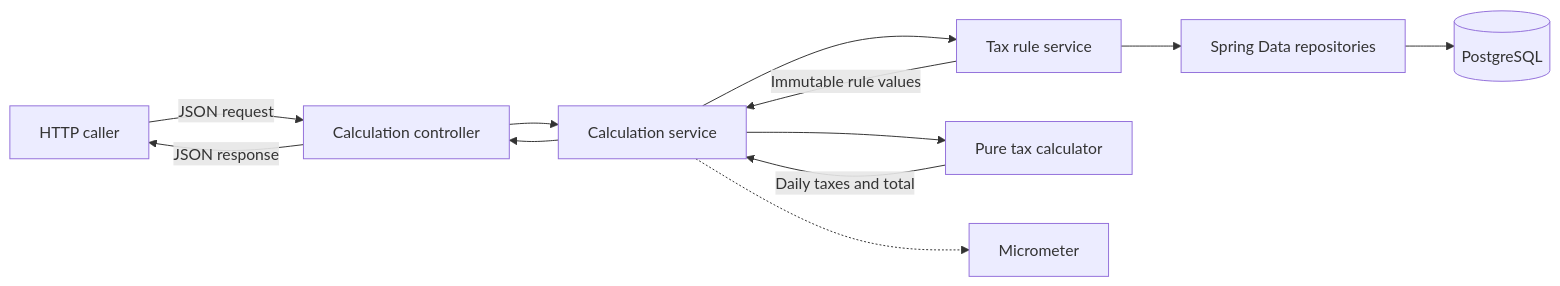
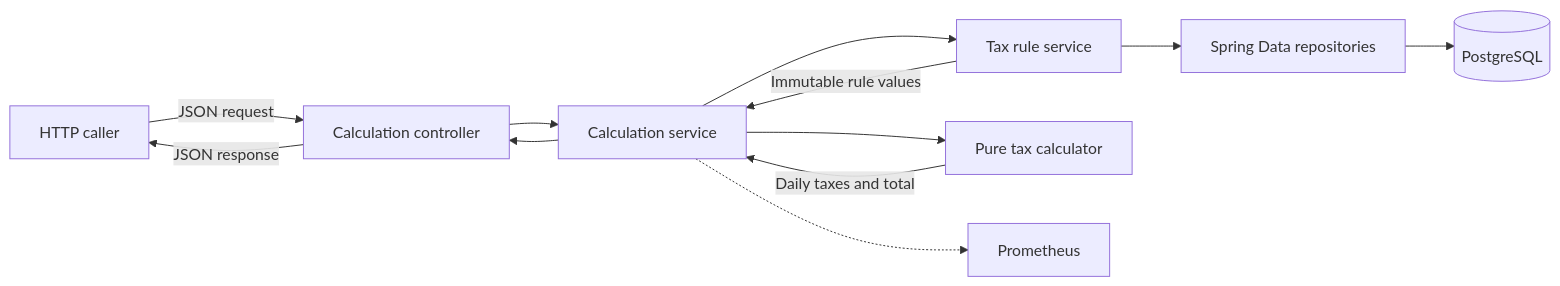
One commit to igrgin/congestion-tax-calculator changed the diagram in docs/architecture.md. Above: the diagram before and after it, drawn with Mermaid. The commit also changed other lines of this file and 3 other files, not shown here.

Commit message:
Refine documentation diagrams and examples for #9

````diff
--- a/docs/architecture.md
+++ b/docs/architecture.md
@@ -7,23 +7,23 @@
 ```mermaid
 flowchart LR
     caller[HTTP caller]
     controller[Calculation controller]
     service[Calculation service]
     rules[Tax rule service]
     calculator[Pure tax calculator]
     repositories[Spring Data repositories]
     database[(PostgreSQL)]
-    metrics[Micrometer]
+    metrics[Prometheus]
 
     caller -->|JSON request| controller
     controller --> service
     service --> rules
     rules --> repositories
     repositories --> database
     rules -->|Immutable rule values| service
     service --> calculator
     calculator -->|Daily taxes and total| service
     service -.-> metrics
     service --> controller
     controller -->|JSON response| caller
 ```
````
